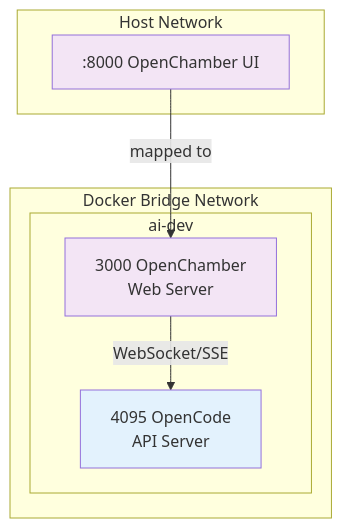
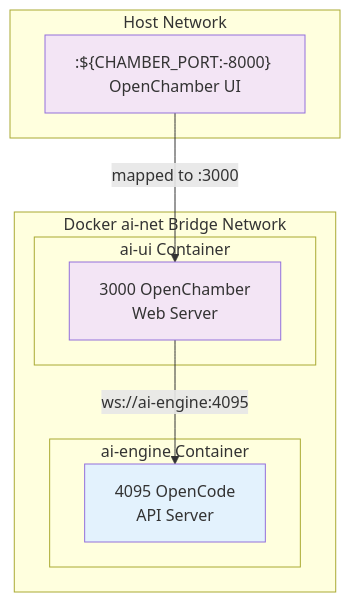
Before and after one commit to tryweb/ai-engkit: the sixth of 10 diagrams in docs/ARCHITECTURE.md, drawn with Mermaid. The commit also changed other lines of this file and 10 other files, not shown here.

````diff
--- a/docs/ARCHITECTURE.md
+++ b/docs/ARCHITECTURE.md
@@ -183,21 +208,23 @@
 ```mermaid
 graph TB
     subgraph "Host Network"
-        HOST_PORT_8000[":8000 OpenChamber UI"]
+        HOST_PORT_8000[":${CHAMBER_PORT:-8000} OpenChamber UI"]
     end
 
-    subgraph "Docker Bridge Network"
-        subgraph "ai-dev"
-            CONTAINER_3000["3000 OpenChamber<br/>Web Server"]
-            CONTAINER_4095["4095 OpenCode<br/>API Server"]
+    subgraph "Docker ai-net Bridge Network"
+        subgraph "ai-engine Container"
+            ENGINE_API["4095 OpenCode<br/>API Server"]
+        end
+
+        subgraph "ai-ui Container"
+            UI_WEB["3000 OpenChamber<br/>Web Server"]
         end
     end
 
-    HOST_PORT_8000 -->|"mapped to"| CONTAINER_3000
-
-    CONTAINER_3000 -->|"WebSocket/SSE"| CONTAINER_4095
+    HOST_PORT_8000 -->|"mapped to :3000"| UI_WEB
+    UI_WEB -->|"ws://ai-engine:4095"| ENGINE_API
 
     style HOST_PORT_8000 fill:#f3e5f5
-    style CONTAINER_3000 fill:#f3e5f5
-    style CONTAINER_4095 fill:#e3f2fd
+    style UI_WEB fill:#f3e5f5
+    style ENGINE_API fill:#e3f2fd
 ```
````
